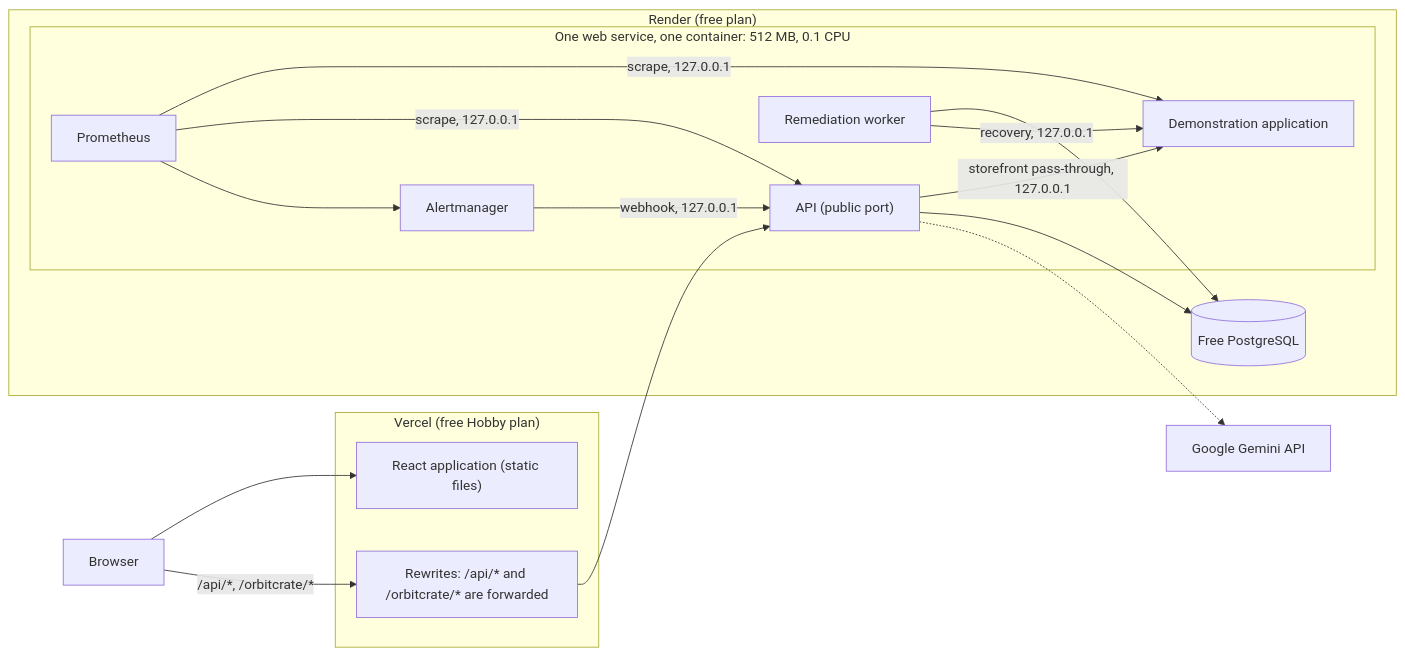
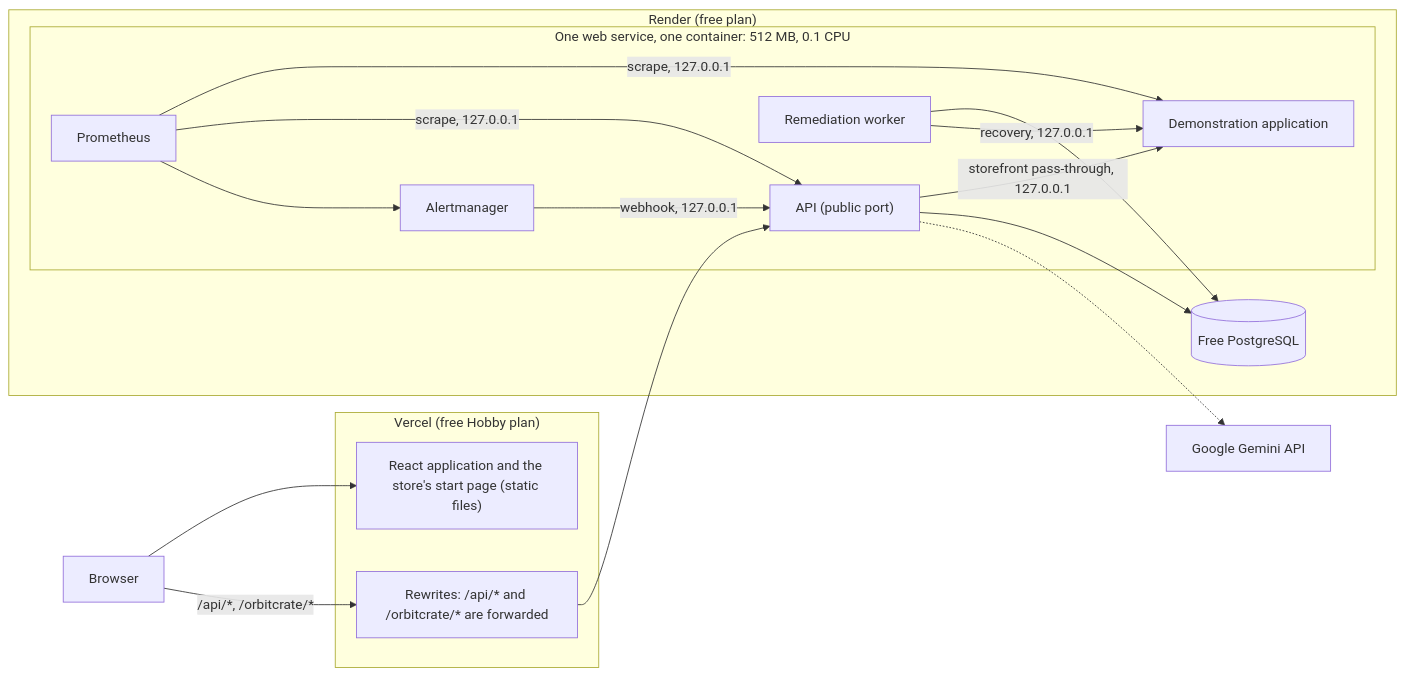
The diagram in docs/deployment-render-vercel.md (Gangadhar017/VigilOps), drawn with Mermaid before and after one commit. The commit also changed other lines of this file, not shown here.

````diff
--- a/docs/deployment-render-vercel.md
+++ b/docs/deployment-render-vercel.md
@@ -11,30 +11,30 @@
 ```mermaid
 flowchart LR
     browser["Browser"]
     subgraph vercel["Vercel (free Hobby plan)"]
-        spa["React application (static files)"]
+        spa["React application and the store's start page (static files)"]
         proxy["Rewrites: /api/* and /orbitcrate/* are forwarded"]
     end
     subgraph render["Render (free plan)"]
         subgraph container["One web service, one container: 512 MB, 0.1 CPU"]
             api["API (public port)"]
             worker["Remediation worker"]
             demo["Demonstration application"]
             prom["Prometheus"]
             am["Alertmanager"]
         end
         pg[("Free PostgreSQL")]
     end
     gemini["Google Gemini API"]
 
     browser --> spa
     browser -->|"/api/*, /orbitcrate/*"| proxy --> api
     api -->|"storefront pass-through, 127.0.0.1"| demo
     api --> pg
     worker --> pg
     prom -->|"scrape, 127.0.0.1"| demo
     prom -->|"scrape, 127.0.0.1"| api
     prom --> am -->|"webhook, 127.0.0.1"| api
     worker -->|"recovery, 127.0.0.1"| demo
     api -.-> gemini
 ```
````
